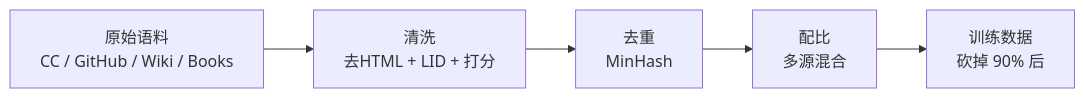
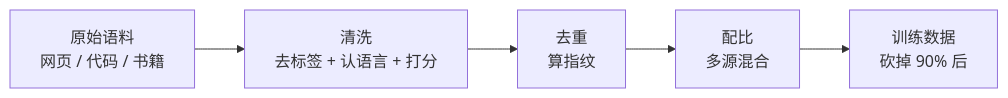
Before and after one commit to Laughingtt/agentkit: the third of 4 diagrams in part-1-大模型基础/ch04-预训练与微调.md, drawn with Mermaid. The commit also changed other lines of this file, not shown here.

First line of the commit message:
Ch4：LoRA 补上「低秩」到底是什么，并修掉 Scaling Law 那张会误导人的图

````diff
--- a/part-1-大模型基础/ch04-预训练与微调.md
+++ b/part-1-大模型基础/ch04-预训练与微调.md
@@ -60,5 +60,5 @@
 ```mermaid
 graph LR
-    A[原始语料<br/>CC / GitHub / Wiki / Books] --> B[清洗<br/>去HTML + LID + 打分]
-    B --> C[去重<br/>MinHash] --> D[配比<br/>多源混合] --> E[训练数据<br/>砍掉 90% 后]
+    A[原始语料<br/>网页 / 代码 / 书籍] --> B[清洗<br/>去标签 + 认语言 + 打分]
+    B --> C[去重<br/>算指纹] --> D[配比<br/>多源混合] --> E[训练数据<br/>砍掉 90% 后]
 ```
````
